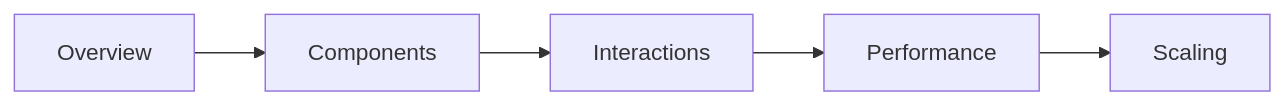
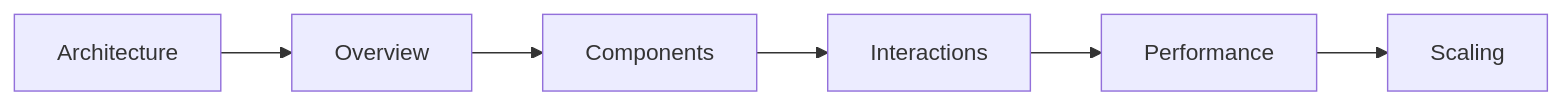
One commit to BjornMelin/ml-vision-lab changed the sixth of 9 diagrams in docs/README.md. Above: the diagram before and after it, drawn with Mermaid. The commit also changed other lines of this file and 2 other files, not shown here.

Commit message:
docs(README): Update project structure and add mermaid diagrams for better visualization

````diff
--- a/docs/README.md
+++ b/docs/README.md
@@ -143,7 +193,8 @@
 ```mermaid
 graph LR
-    A[Overview] --> B[Components]
-    B --> C[Interactions]
-    C --> D[Performance]
-    D --> E[Scaling]
+    A[Architecture] --> B[Overview]
+    B --> C[Components]
+    C --> D[Interactions]
+    D --> E[Performance]
+    E --> F[Scaling]
 ```
````
